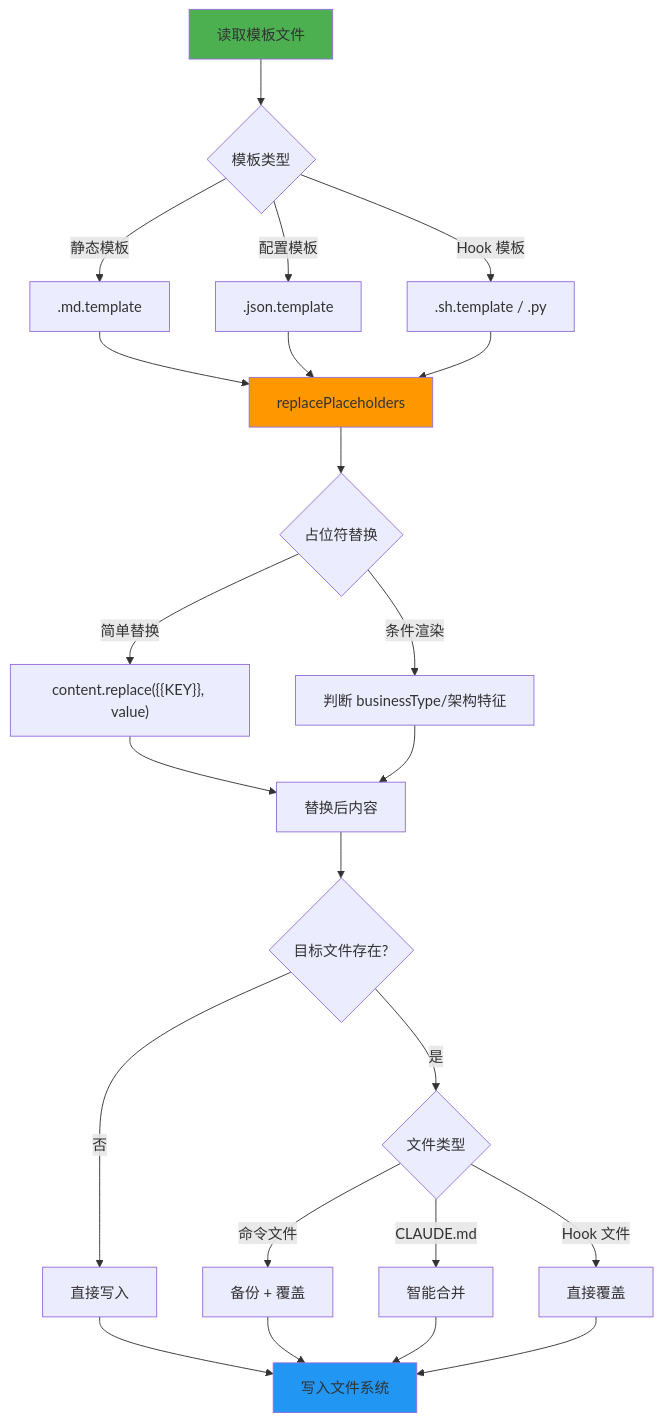
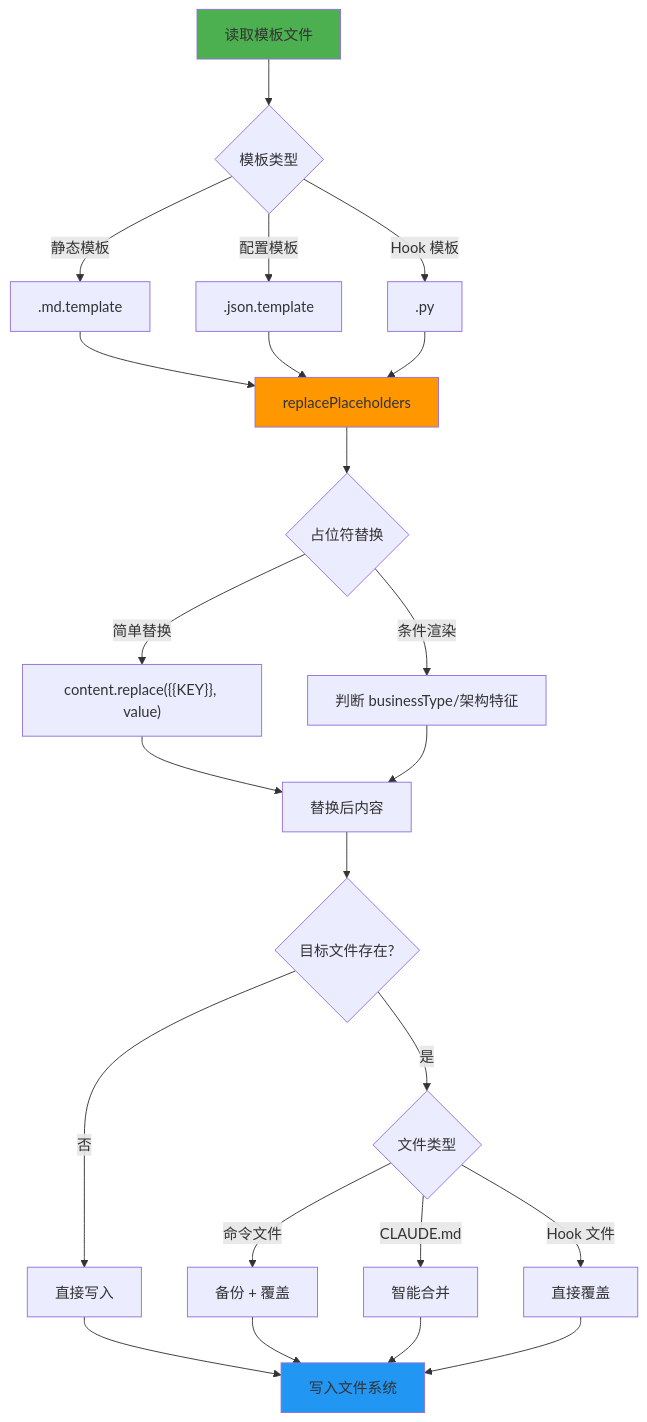
The sixth of 9 diagrams in docs/developer/数据流设计.md (jju666/NeteaseMod-Claude), drawn with Mermaid before and after one commit. The commit also changed other lines of this file and 478 other files, not shown here.

````diff
--- a/docs/developer/数据流设计.md
+++ b/docs/developer/数据流设计.md
@@ -374,36 +921,36 @@
 ```mermaid
 flowchart TD
     A[读取模板文件] --> B{模板类型}
 
     B -->|静态模板| C[.md.template]
     B -->|配置模板| D[.json.template]
-    B -->|Hook 模板| E[.sh.template / .py]
+    B -->|Hook 模板| E[.py]
 
     C --> F[replacePlaceholders]
     D --> F
     E --> F
 
     F --> G{占位符替换}
     G -->|简单替换| H["content.replace({{KEY}}, value)"]
     G -->|条件渲染| I["判断 businessType/架构特征"]
 
     H --> J[替换后内容]
     I --> J
 
     J --> K{目标文件存在?}
     K -->|否| L[直接写入]
     K -->|是| M{文件类型}
 
     M -->|命令文件| N[备份 + 覆盖]
     M -->|CLAUDE.md| O[智能合并]
     M -->|Hook 文件| P[直接覆盖]
 
     L --> Q[写入文件系统]
     N --> Q
     O --> Q
     P --> Q
 
     style A fill:#4CAF50
     style F fill:#FF9800
     style Q fill:#2196F3
 ```
````
